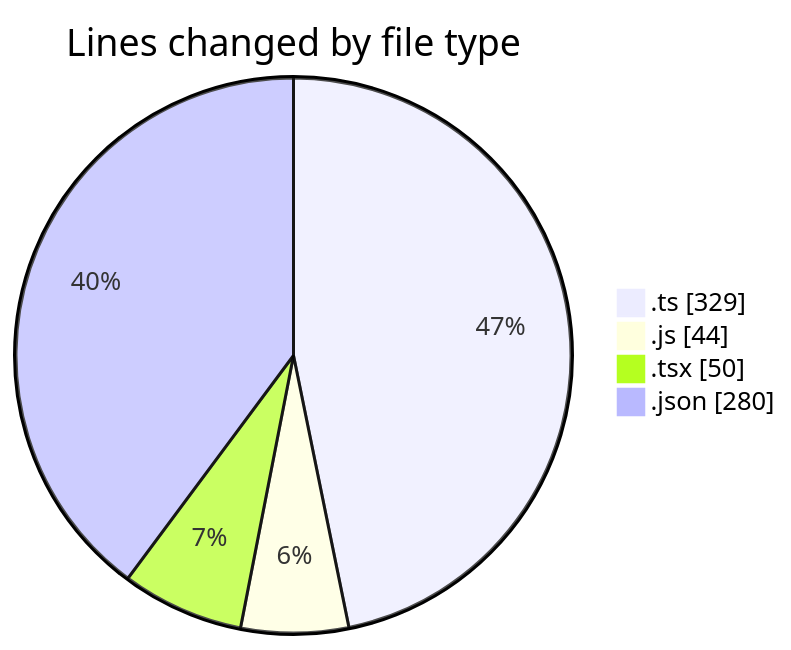
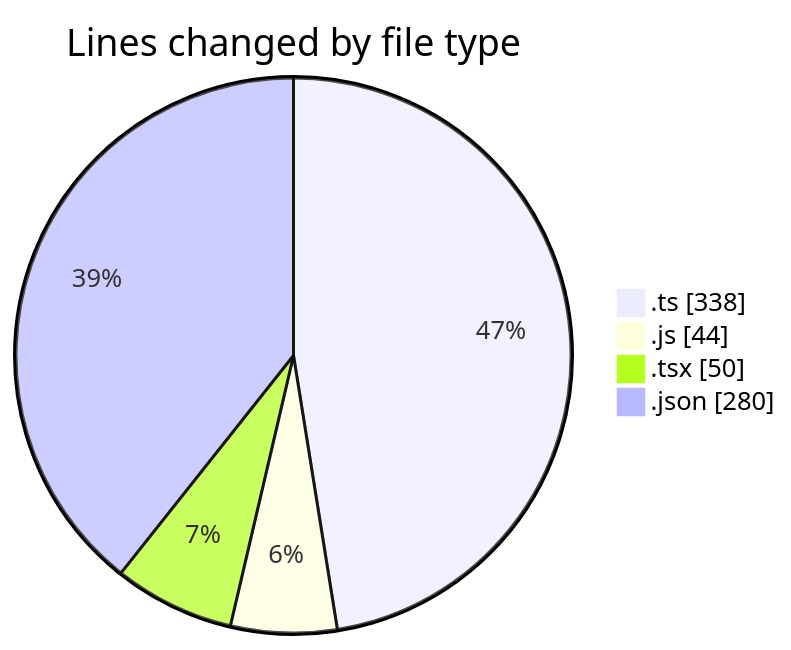
The first of 2 diagrams in 2026-08-03/cda/README.md (momahboobian/code-tracking), drawn with Mermaid before and after one commit. The commit also changed other lines of this file and 1 other file, not shown here.

````diff
--- a/2026-08-03/cda/README.md
+++ b/2026-08-03/cda/README.md
@@ -29,8 +30,8 @@
 ```mermaid
 pie showData
 title Lines changed by file type
-".ts" : 329
+".ts" : 338
 ".js" : 44
 ".tsx" : 50
 ".json" : 280
 ```
````
